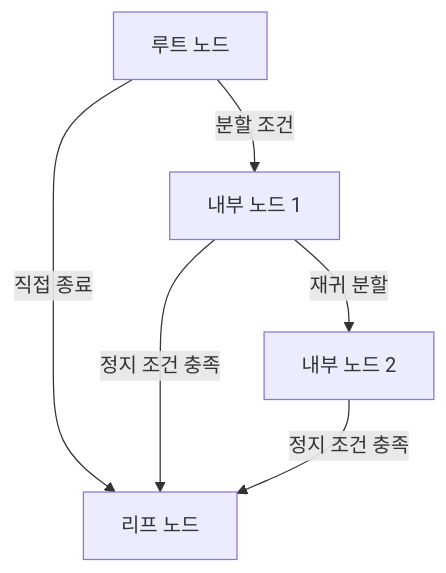
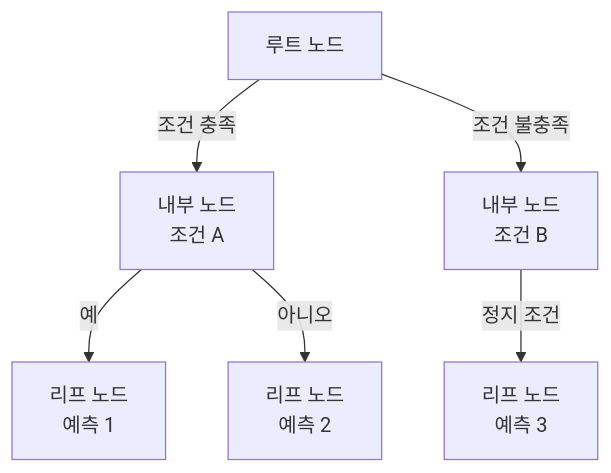
Before and after one commit to agnusdei1207/knowledge-base: the first of 3 diagrams in src/content/docs/notes/01-basic-theory/049_decision_tree.md, drawn with Mermaid. The commit also changed other lines of this file and 22 other files, not shown here.

````diff
--- a/src/content/docs/notes/01-basic-theory/049_decision_tree.md
+++ b/src/content/docs/notes/01-basic-theory/049_decision_tree.md
@@ -56,12 +56,14 @@
 ```mermaid
 flowchart TB
     R["루트 노드"]
-    N1["내부 노드 1"]
-    N2["내부 노드 2"]
-    L["리프 노드"]
-    R -->|분할 조건| N1
-    R -->|직접 종료| L
-    N1 -->|재귀 분할| N2
-    N1 -->|정지 조건 충족| L
-    N2 -->|정지 조건 충족| L
+    N1["내부 노드<br/>조건 A"]
+    N2["내부 노드<br/>조건 B"]
+    L1["리프 노드<br/>예측 1"]
+    L2["리프 노드<br/>예측 2"]
+    L3["리프 노드<br/>예측 3"]
+    R -->|조건 충족| N1
+    R -->|조건 불충족| N2
+    N1 -->|예| L1
+    N1 -->|아니오| L2
+    N2 -->|정지 조건| L3
 ```
````
